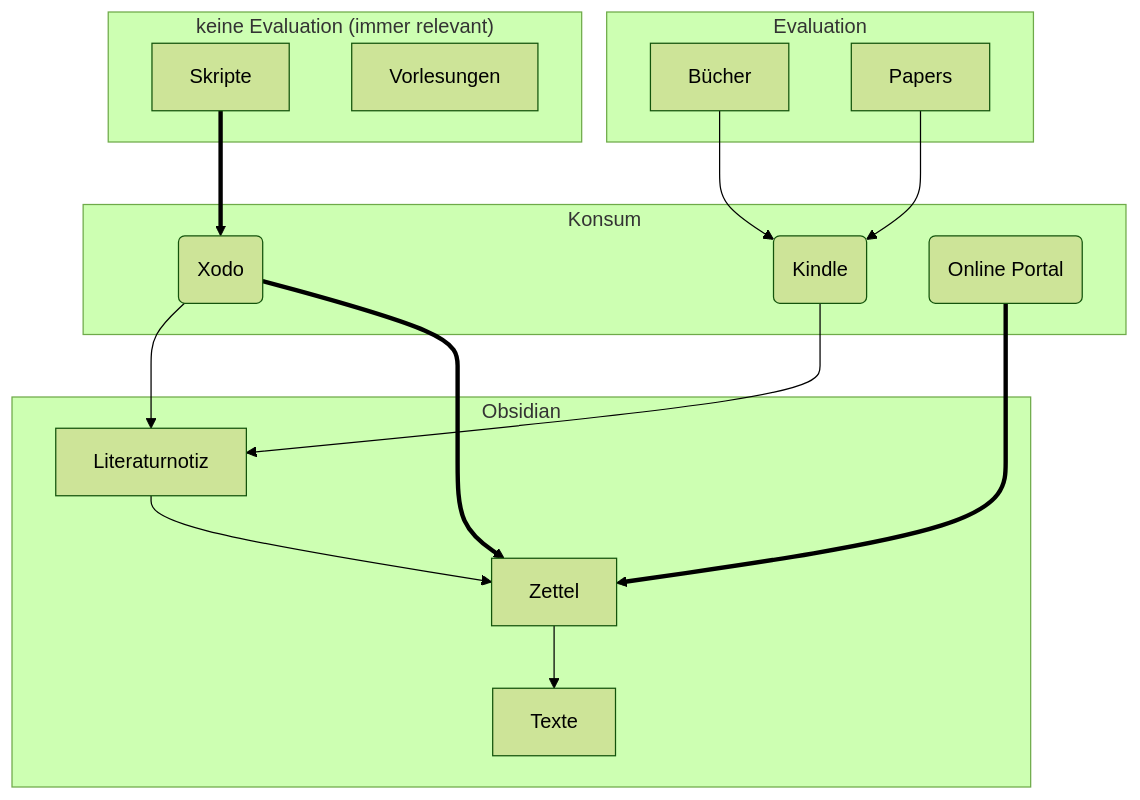
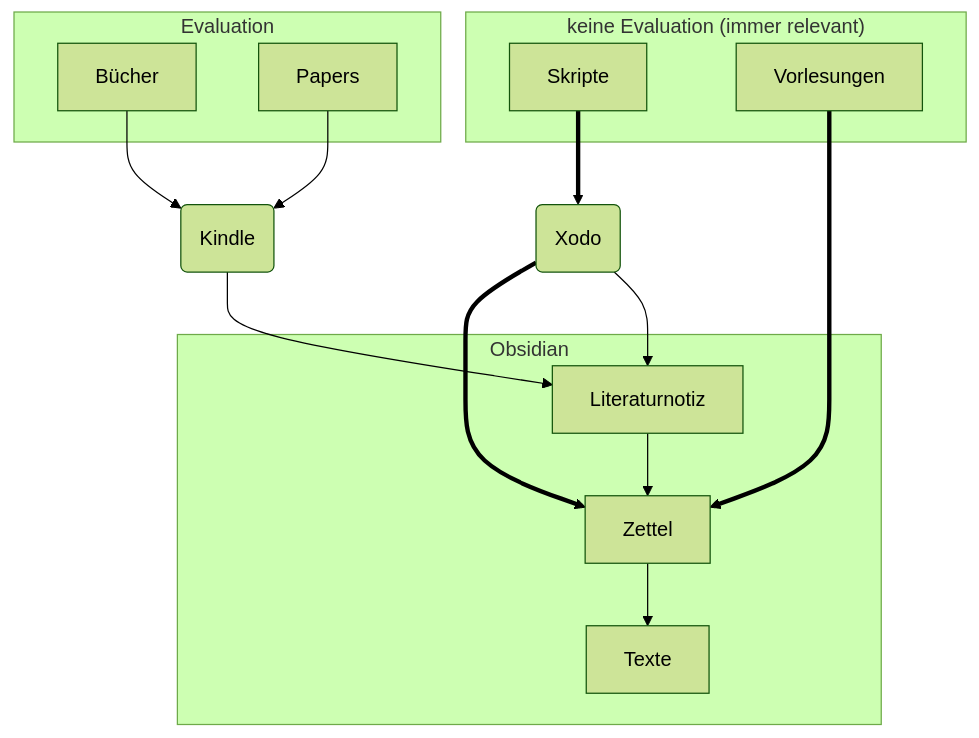
One commit to julianstoerig/zettelkasten changed the diagram in System/Informationsverarbeitung.md. Above: the diagram before and after it, drawn with Mermaid (forest theme).

Commit message:
automatic version-control: 2021-01-14 14:02:38

````diff
--- a/System/Informationsverarbeitung.md
+++ b/System/Informationsverarbeitung.md
@@ -1,45 +1,41 @@
 ```mermaid
 flowchart TB;
 
 B[Bücher]
 S[Skripte]
 V[Vorlesungen]
 P[Papers]
 
 K(Kindle)
 X(Xodo)
-OP(Online Portal)
 
 L[Literaturnotiz]
 Z[Zettel]
 T[Texte]
 
 subgraph Evaluation
 	B
 	P
 end
 
 subgraph "keine Evaluation (immer relevant)"
 	S
 	V
 end
 
 B & P --> K 
 S ==> X
 
-subgraph Konsum
-	K
-	X
-	OP
-end
+K
+X
 
 K --> L
 X --> L
 X ==> Z
-OP ==> Z
+V ==> Z
 
 subgraph Obsidian	
 	L --> Z
 	Z --> T
 end
 ```
````
